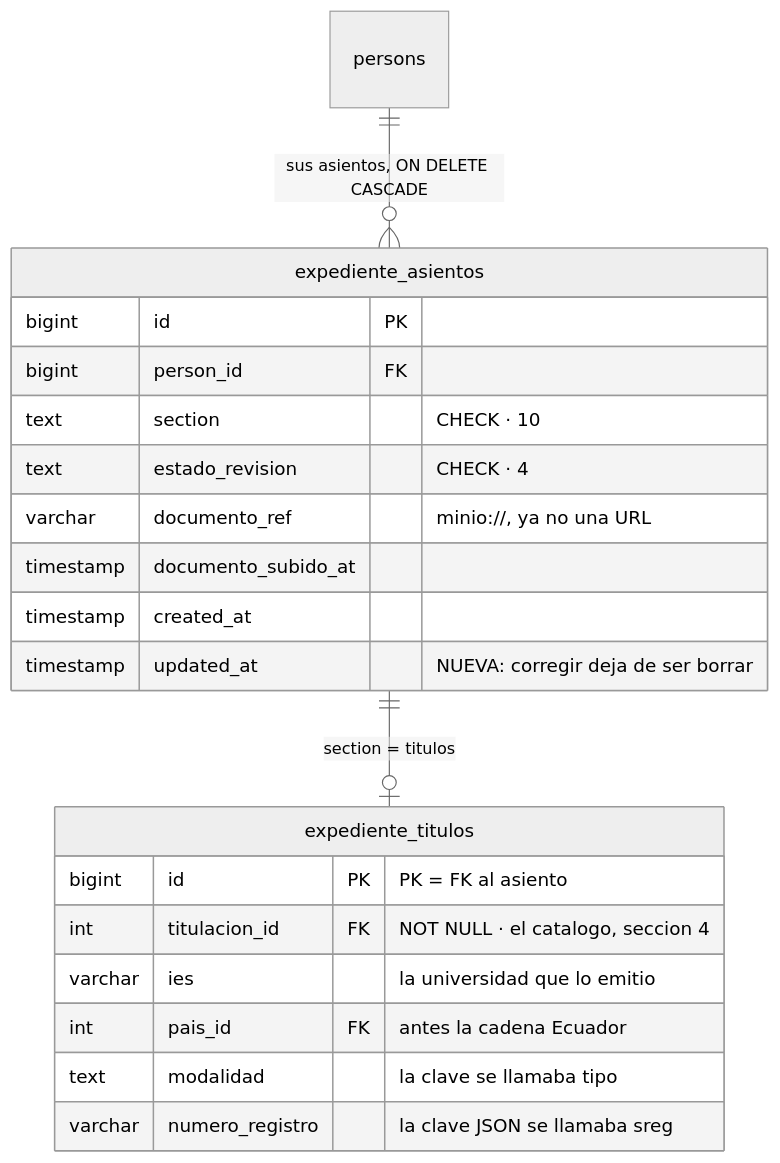
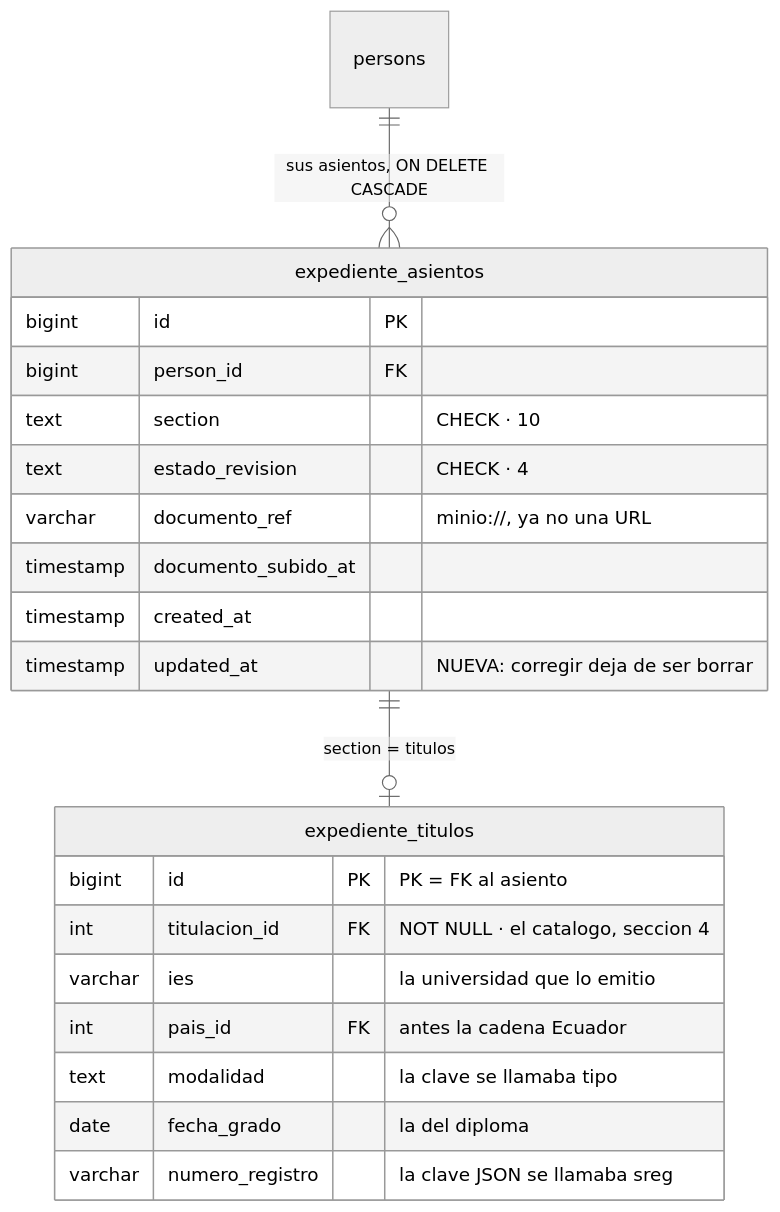
Before and after one commit to fresvel/deasy: the first of 8 diagrams in docs/src/content/docs/complemento/expediente.md, drawn with Mermaid (neutral theme). The commit also changed other lines of this file and 2 other files, not shown here.

First line of the commit message:
docs(expediente): fecha de grado, y los valores de cada CHECK en la prosa

````diff
--- a/docs/src/content/docs/complemento/expediente.md
+++ b/docs/src/content/docs/complemento/expediente.md
@@ -56,25 +56,26 @@
 ```mermaid
 erDiagram
   persons ||--o{ expediente_asientos : "sus asientos, ON DELETE CASCADE"
   expediente_asientos ||--o| expediente_titulos : "section = titulos"
 
   expediente_asientos {
     bigint id PK
     bigint person_id FK
     text section "CHECK · 10"
     text estado_revision "CHECK · 4"
     varchar documento_ref "minio://, ya no una URL"
     timestamp documento_subido_at
     timestamp created_at
     timestamp updated_at "NUEVA: corregir deja de ser borrar"
   }
 
   expediente_titulos {
     bigint id PK "PK = FK al asiento"
     int titulacion_id FK "NOT NULL · el catalogo, seccion 4"
     varchar ies "la universidad que lo emitio"
     int pais_id FK "antes la cadena Ecuador"
     text modalidad "la clave se llamaba tipo"
+    date fecha_grado "la del diploma"
     varchar numero_registro "la clave JSON se llamaba sreg"
   }
 ```
````
